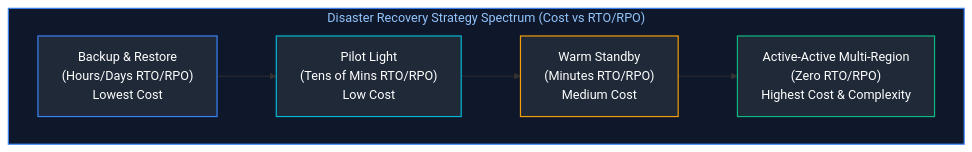
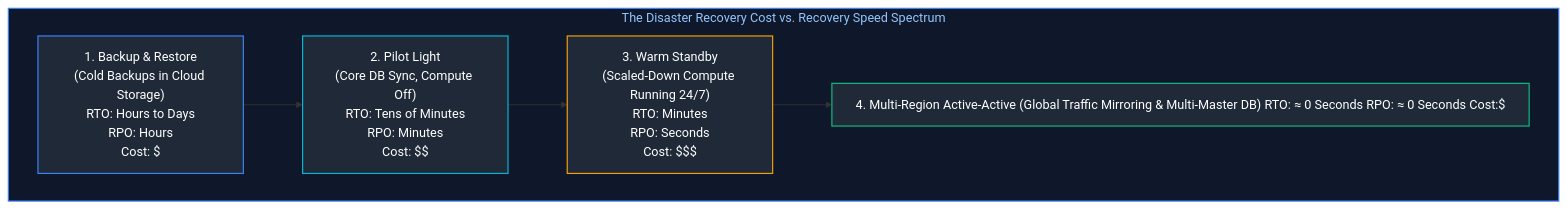
The tenth of 10 diagrams in Cloud Engineering/03_cloud_fundamentals_and_architecture.md (joydeep-biswas/Interview-Preparation), drawn with Mermaid before and after one commit. The commit also changed other lines of this file and 143 other files, not shown here.

````diff
--- a/Cloud Engineering/03_cloud_fundamentals_and_architecture.md
+++ b/Cloud Engineering/03_cloud_fundamentals_and_architecture.md
@@ -301,15 +469,16 @@
 ```mermaid
 flowchart LR
-    subgraph DRSpectrum ["Disaster Recovery Strategy Spectrum (Cost vs RTO/RPO)"]
+    subgraph Spectrum ["The Disaster Recovery Cost vs. Recovery Speed Spectrum"]
         direction LR
-        S1["Backup & Restore<br/>(Hours/Days RTO/RPO)<br/>Lowest Cost"] --> S2["Pilot Light<br/>(Tens of Mins RTO/RPO)<br/>Low Cost"]
-        S2 --> S3["Warm Standby<br/>(Minutes RTO/RPO)<br/>Medium Cost"]
-        S3 --> S4["Active-Active Multi-Region<br/>(Zero RTO/RPO)<br/>Highest Cost & Complexity"]
+        S1["1. Backup & Restore<br/>(Cold Backups in Cloud Storage)<br/>RTO: Hours to Days<br/>RPO: Hours<br/>Cost: $"]
+        --> S2["2. Pilot Light<br/>(Core DB Sync, Compute Off)<br/>RTO: Tens of Minutes<br/>RPO: Minutes<br/>Cost: $$"]
+        --> S3["3. Warm Standby<br/>(Scaled-Down Compute Running 24/7)<br/>RTO: Minutes<br/>RPO: Seconds<br/>Cost: $$$"]
+        --> S4["4. Multi-Region Active-Active<br/>(Global Traffic Mirroring & Multi-Master DB)<br/>RTO: &asymp; 0 Seconds<br/>RPO: &asymp; 0 Seconds<br/>Cost: $$$$$"]
     end
 
-    style DRSpectrum fill:#0f172a,stroke:#3b82f6,stroke-width:1.5px,color:#93c5fd
+    style Spectrum fill:#0f172a,stroke:#3b82f6,stroke-width:1.5px,color:#93c5fd
     style S1 fill:#1f2937,stroke:#3b82f6,stroke-width:1.5px,color:#fff
     style S2 fill:#1f2937,stroke:#06b6d4,stroke-width:1.5px,color:#fff
     style S3 fill:#1f2937,stroke:#f59e0b,stroke-width:1.5px,color:#fff
     style S4 fill:#1f2937,stroke:#10b981,stroke-width:1.5px,color:#fff
 ```
````
